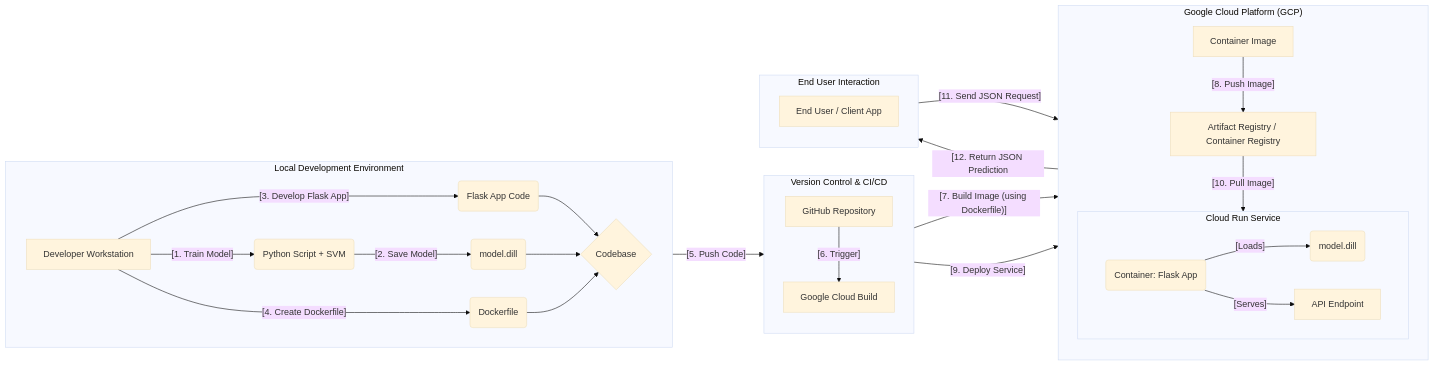
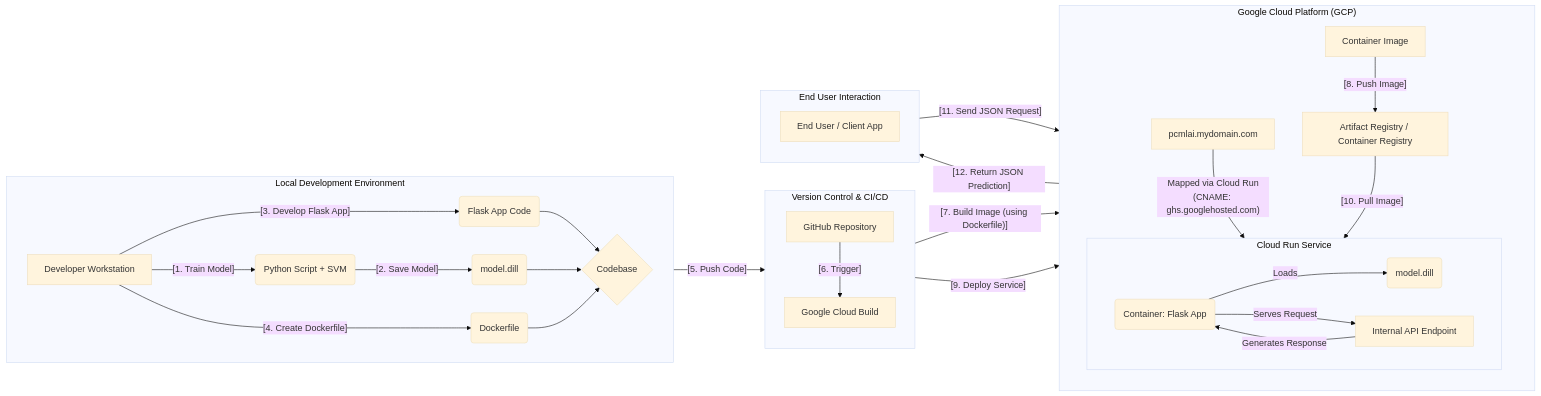
Before and after one commit to nelsoncerqueira/pcmlai: the second of 2 diagrams in README.md, drawn with Mermaid (base theme). The commit also changed other lines of this file and 5 other files, not shown here.

````diff
--- a/README.md
+++ b/README.md
@@ -79,38 +83,43 @@
 ```mermaid
 graph LR
     subgraph "Local Development Environment"
         direction LR
-        A[Developer Workstation] -- [1. Train Model] --> B(Python Script + SVM);
-        B -- [2. Save Model] --> C(model.dill);
-        A -- [3. Develop Flask App] --> D(Flask App Code);
-        A -- [4. Create Dockerfile] --> E(Dockerfile);
+        A[Developer Workstation] -- "[1. Train Model]" --> B(Python Script + SVM);
+        B -- "[2. Save Model]" --> C(model.dill);
+        A -- "[3. Develop Flask App]" --> D(Flask App Code);
+        A -- "[4. Create Dockerfile]" --> E(Dockerfile);
         D --> F{Codebase};
         C --> F;
         E --> F;
     end
 
     subgraph "Version Control & CI/CD"
         direction TB
-        F -- [5. Push Code] --> G[GitHub Repository];
-        G -- [6. Trigger] --> H[Google Cloud Build];
+        F -- "[5. Push Code]" --> G[GitHub Repository];
+        G -- "[6. Trigger]" --> H[Google Cloud Build];
     end
+
+    P[pcmlai.mydomain.com] 
 
     subgraph "Google Cloud Platform (GCP)"
         direction TB
-        H -- [7. Build Image (using Dockerfile)] --> I[Container Image];
-        I -- [8. Push Image] --> J[Artifact Registry / Container Registry];
-        H -- [9. Deploy Service] --> K[Cloud Run Service];
-        J -- [10. Pull Image] --> K;
+        H -- "[7. Build Image (using Dockerfile)]" --> I[Container Image];
+        I -- "[8. Push Image]" --> J[Artifact Registry / Container Registry];
+        H -- "[9. Deploy Service]" --> K[Cloud Run Service];
+        J -- "[10. Pull Image]" --> K;
         subgraph K ["Cloud Run Service"]
             direction LR
-            L(Container: Flask App) -- [Loads] --> M(model.dill);
-            L -- [Serves] --> N[API Endpoint];
+            L(Container: Flask App) -- "Loads" --> M(model.dill);
+            L -- "Serves Request" --> N[Internal API Endpoint];
+            N -- "Generates Response" --> L; 
         end
+        
+        P -- "Mapped via Cloud Run\n(CNAME: ghs.googlehosted.com)" --> N;
     end
 
     subgraph "End User Interaction"
         direction TB
-        O[End User / Client App] -- [11. Send JSON Request] --> N;
-        N -- [12. Return JSON Prediction --> O;
+        O[End User / Client App] -- "[11. Send JSON Request]" --> P;
+        P -- "[12. Return JSON Prediction]" --> O; 
     end
 ```
````
